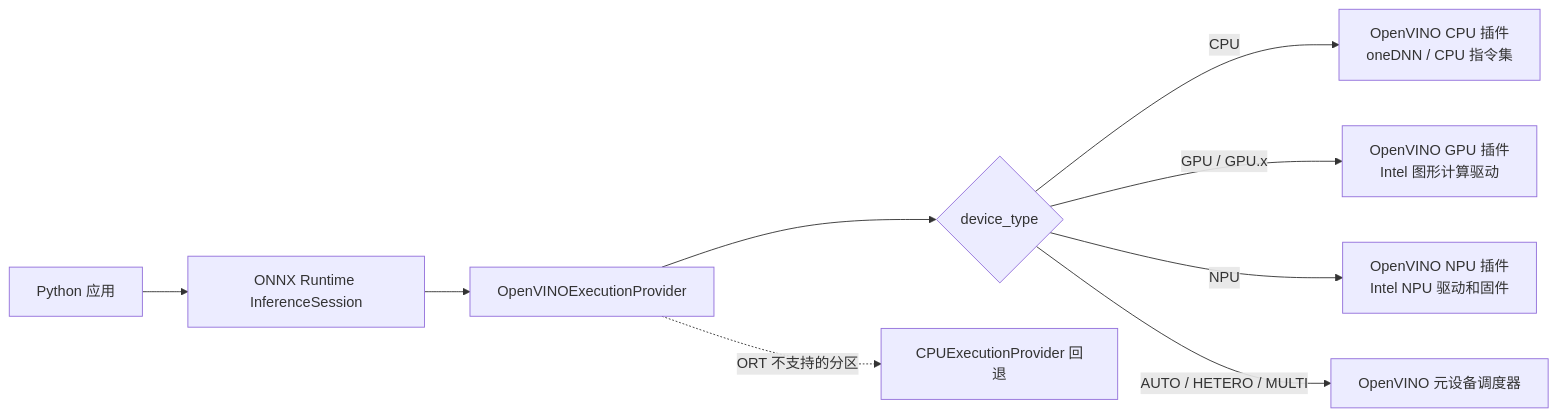
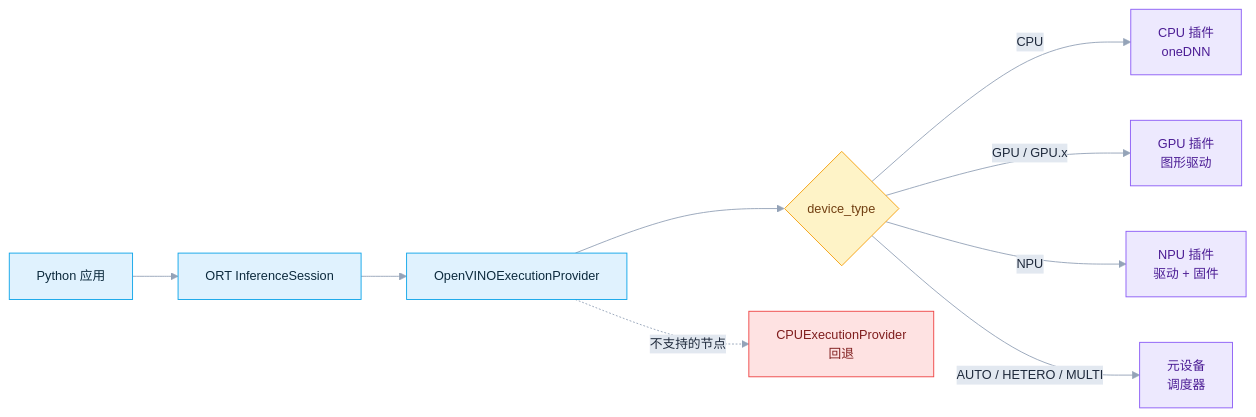
The first of 6 diagrams in Intel/README.zh-CN.md (DakeQQ/Tutorial-ONNX-Runtime-Execution-Providers), drawn with Mermaid before and after one commit. The commit also changed other lines of this file and 15 other files, not shown here.

````diff
--- a/Intel/README.zh-CN.md
+++ b/Intel/README.zh-CN.md
@@ -21,11 +60,20 @@
 ```mermaid
+%%{init: {"theme":"base","themeVariables":{"fontSize":"14px","lineColor":"#94a3b8","edgeLabelBackground":"#e2e8f0","primaryTextColor":"#1e293b"}}}%%
 flowchart LR
-    A[Python 应用] --> B[ONNX Runtime InferenceSession]
-    B --> C[OpenVINOExecutionProvider]
-    C --> D{device_type}
-    D -->|CPU| E[OpenVINO CPU 插件<br/>oneDNN / CPU 指令集]
-    D -->|GPU / GPU.x| F[OpenVINO GPU 插件<br/>Intel 图形计算驱动]
-    D -->|NPU| G[OpenVINO NPU 插件<br/>Intel NPU 驱动和固件]
-    D -->|AUTO / HETERO / MULTI| H[OpenVINO 元设备调度器]
-    C -. ORT 不支持的分区 .-> I[CPUExecutionProvider 回退]
+    A["Python 应用"] --> B["ORT InferenceSession"]
+    B --> C["OpenVINOExecutionProvider"]
+    C --> D{"device_type"}
+    D -->|CPU| E["CPU 插件<br/>oneDNN"]
+    D -->|GPU / GPU.x| F["GPU 插件<br/>图形驱动"]
+    D -->|NPU| G["NPU 插件<br/>驱动 + 固件"]
+    D -->|AUTO / HETERO / MULTI| H["元设备<br/>调度器"]
+    C -. 不支持的节点 .-> I["CPUExecutionProvider<br/>回退"]
+    classDef step fill:#e0f2fe,stroke:#0ea5e9,color:#0c2a3d;
+    classDef dec fill:#fef3c7,stroke:#f59e0b,color:#713f12;
+    classDef dev fill:#ede9fe,stroke:#8b5cf6,color:#4c1d95;
+    classDef bad fill:#fee2e2,stroke:#ef4444,color:#7f1d1d;
+    class A,B,C step;
+    class D dec;
+    class E,F,G,H dev;
+    class I bad;
 ```
````
